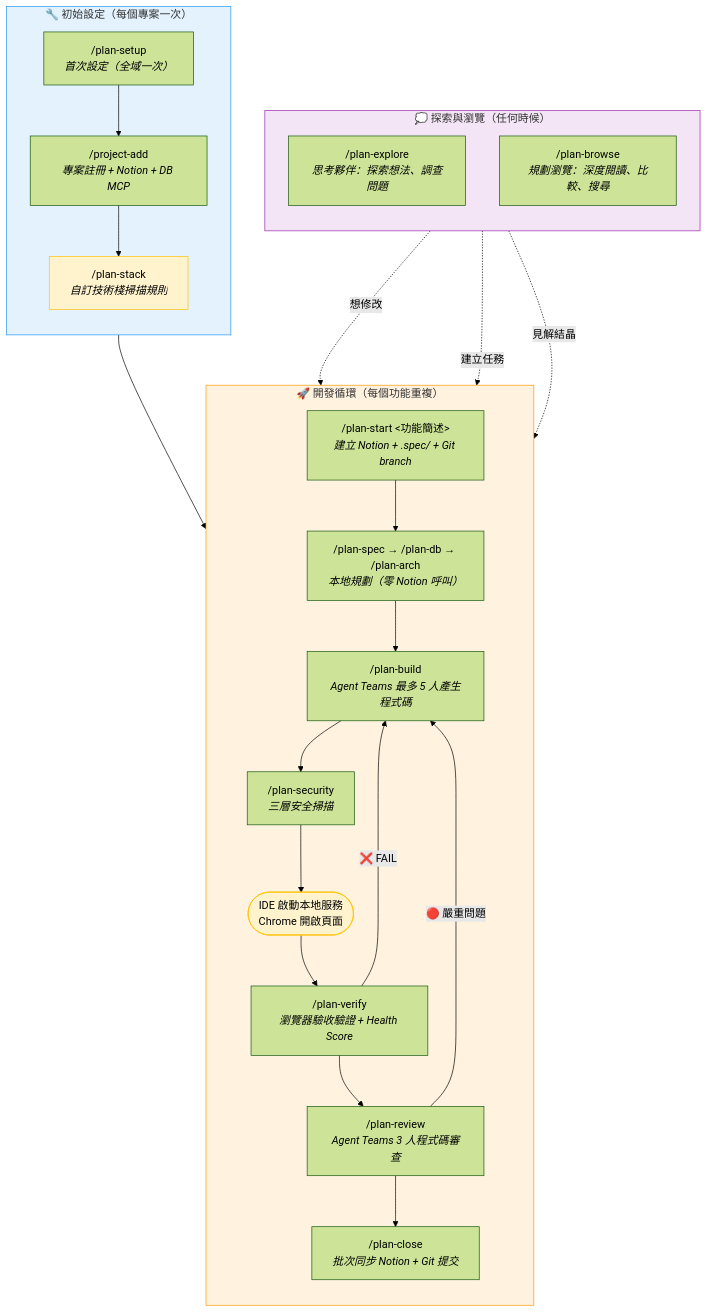
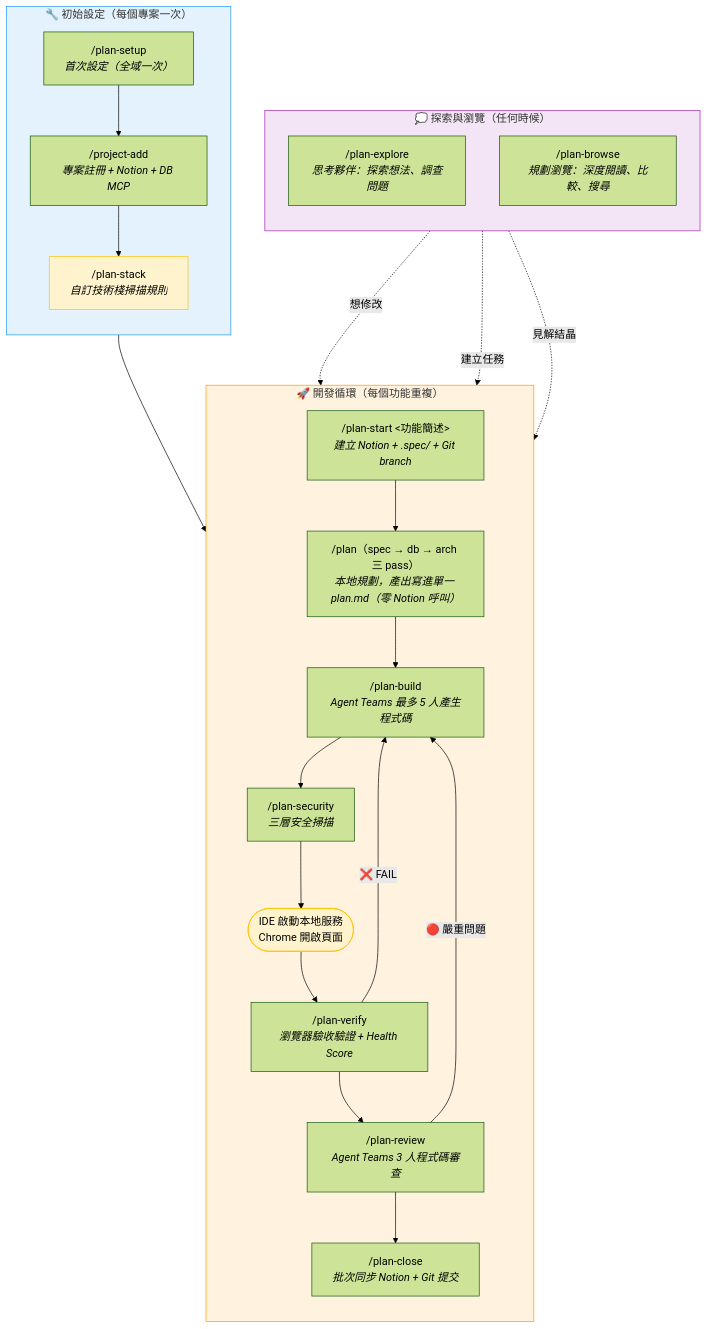
Before and after one commit to Stcfinch/crew: the first of 3 diagrams in plugins/feature-workflow/README.md, drawn with Mermaid (forest theme). The commit also changed other lines of this file and 21 other files, not shown here.

````diff
--- a/plugins/feature-workflow/README.md
+++ b/plugins/feature-workflow/README.md
@@ -30,43 +47,43 @@
 ```mermaid
 flowchart TD
     subgraph init["🔧 初始設定（每個專案一次）"]
         direction TB
         setup["/plan-setup<br/><i>首次設定（全域一次）</i>"]
         projAdd["/project-add<br/><i>專案註冊 + Notion + DB MCP</i>"]
         stack["/plan-stack<br/><i>自訂技術棧掃描規則</i>"]
         setup --> projAdd --> stack
     end
 
     subgraph thinking["💭 探索與瀏覽（任何時候）"]
         direction TB
         explore["/plan-explore<br/><i>思考夥伴：探索想法、調查問題</i>"]
         browse["/plan-browse<br/><i>規劃瀏覽：深度閱讀、比較、搜尋</i>"]
     end
 
     subgraph dev["🚀 開發循環（每個功能重複）"]
         direction TB
         start["/plan-start &lt;功能簡述&gt;<br/><i>建立 Notion + .spec/ + Git branch</i>"]
-        plan["/plan-spec → /plan-db → /plan-arch<br/><i>本地規劃（零 Notion 呼叫）</i>"]
+        plan["/plan（spec → db → arch 三 pass）<br/><i>本地規劃，產出寫進單一 plan.md（零 Notion 呼叫）</i>"]
         build["/plan-build<br/><i>Agent Teams 最多 5 人產生程式碼</i>"]
         security["/plan-security<br/><i>三層安全掃描</i>"]
         ide(["IDE 啟動本地服務<br/>Chrome 開啟頁面"])
         verify["/plan-verify<br/><i>瀏覽器驗收驗證 + Health Score</i>"]
         review["/plan-review<br/><i>Agent Teams 3 人程式碼審查</i>"]
         close["/plan-close<br/><i>批次同步 Notion + Git 提交</i>"]
 
         start --> plan --> build --> security --> ide --> verify --> review --> close
         verify -- "❌ FAIL" --> build
         review -- "🔴 嚴重問題" --> build
     end
 
     init --> dev
     thinking -.->|見解結晶| start
     browse -.->|想修改| plan
     explore -.->|建立任務| start
 
     style init fill:#e3f2fd,stroke:#2196f3
     style thinking fill:#f3e5f5,stroke:#9c27b0
     style dev fill:#fff3e0,stroke:#ff9800
     style stack fill:#fff3cd,stroke:#ffc107
     style ide fill:#fff3cd,stroke:#ffc107
 ```
````
